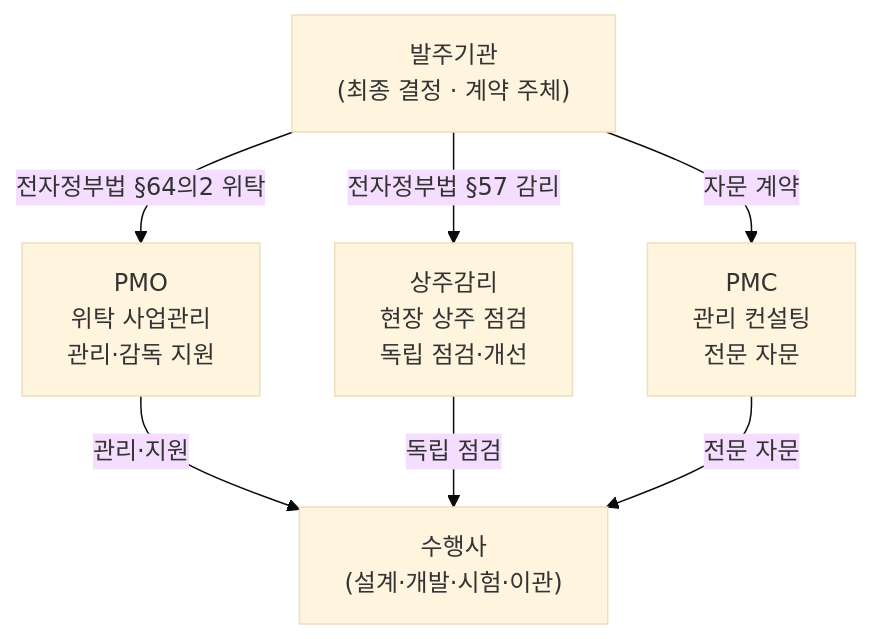
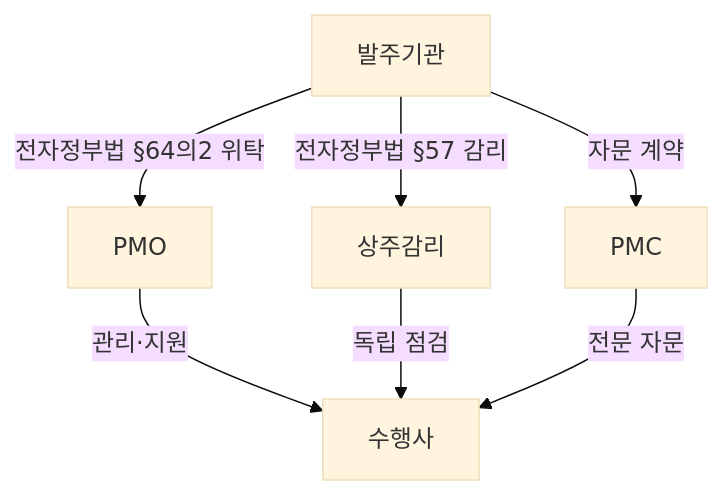
The fourth of 4 diagrams in src/content/docs/notes/itpe/01-it-strategy/004_pmo.md (agnusdei1207/study), drawn with Mermaid (base theme) before and after one commit. The commit also changed other lines of this file and 19 other files, not shown here.

````diff
--- a/src/content/docs/notes/itpe/01-it-strategy/004_pmo.md
+++ b/src/content/docs/notes/itpe/01-it-strategy/004_pmo.md
@@ -181,15 +160,15 @@
 ```mermaid
 flowchart TD
-    PO["발주기관<br/>(최종 결정 · 계약 주체)"]
-    PMO_R["PMO<br/>위탁 사업관리<br/>관리·감독 지원"]
-    AUDIT["상주감리<br/>현장 상주 점검<br/>독립 점검·개선"]
-    PMC_R["PMC<br/>관리 컨설팅<br/>전문 자문"]
-    DEV_R["수행사<br/>(설계·개발·시험·이관)"]
+    PO["발주기관"]
+    PMO_R["PMO"]
+    AUDIT["상주감리"]
+    PMC_R["PMC"]
+    DEV_R["수행사"]
 
     PO -->|"전자정부법 §64의2 위탁"| PMO_R
     PO -->|"전자정부법 §57 감리"| AUDIT
     PO -->|"자문 계약"| PMC_R
     PMO_R -->|관리·지원| DEV_R
     AUDIT -->|독립 점검| DEV_R
     PMC_R -->|전문 자문| DEV_R
 ```
````
